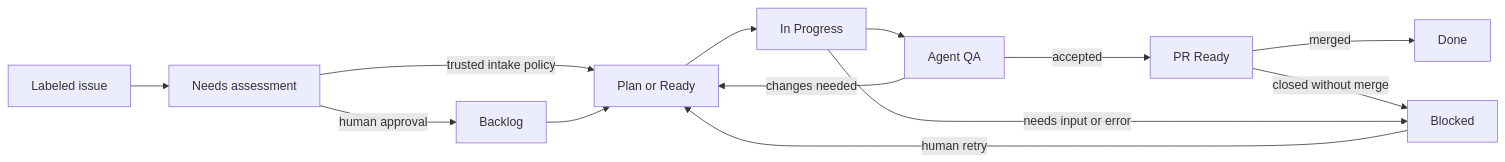
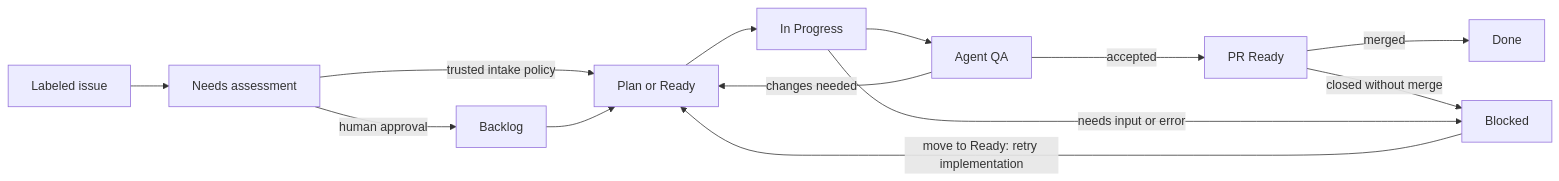
One commit to cortexium-io/runner changed the diagram in README.md. Above: the diagram before and after it, drawn with Mermaid. The commit also changed other lines of this file and 11 other files, not shown here.

````diff
--- a/README.md
+++ b/README.md
@@ -299,15 +299,15 @@
 ```mermaid
 flowchart LR
     I["Labeled issue"] --> A["Needs assessment"]
     A -->|"human approval"| B["Backlog"]
     A -->|"trusted intake policy"| C
     B --> C["Plan or Ready"]
     C --> D["In Progress"]
     D --> E["Agent QA"]
     E -->|"accepted"| F["PR Ready"]
     E -->|"changes needed"| C
     F -->|"merged"| G["Done"]
     F -->|"closed without merge"| H
     D -->|"needs input or error"| H["Blocked"]
-    H -->|"human retry"| C
+    H -->|"move to Ready: retry implementation"| C
 ```
````
